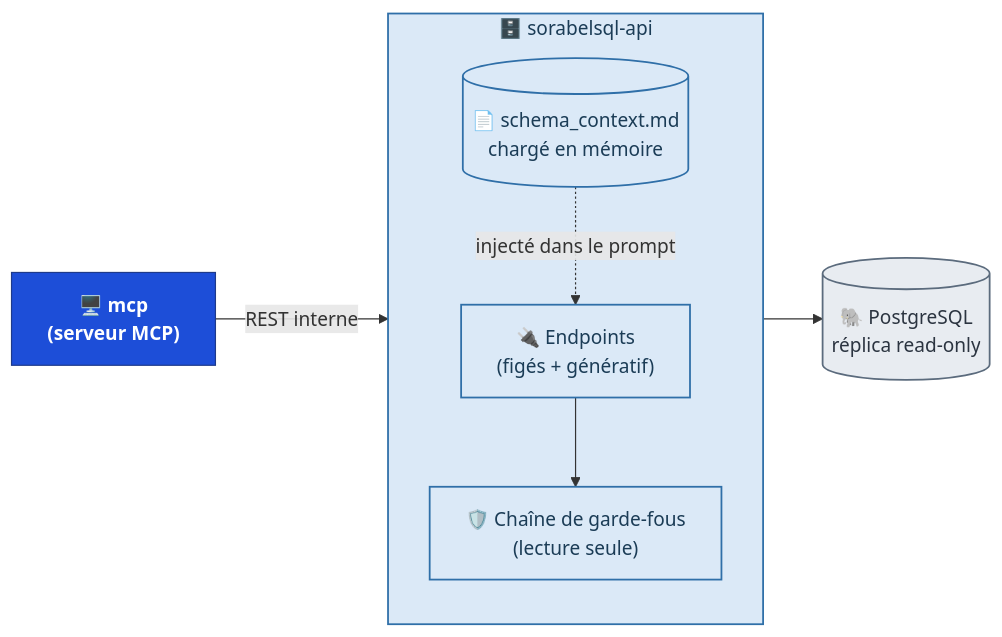
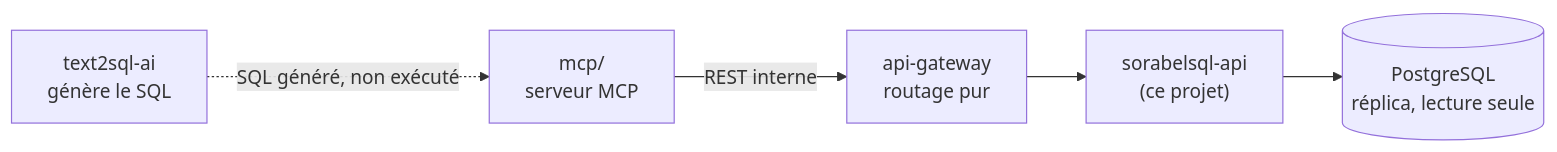
One commit to acerolaz/sorabel changed the first of 2 diagrams in sorabelsql-api/README.md. Above: the diagram before and after it, drawn with Mermaid. The commit also changed other lines of this file and 7 other files, not shown here.

````diff
--- a/sorabelsql-api/README.md
+++ b/sorabelsql-api/README.md
@@ -13,22 +11,7 @@
 ```mermaid
 flowchart LR
-    M["🖥️ mcp<br/>(serveur MCP)"] -->|"REST interne"| API
-
-    subgraph API["🗄️ sorabelsql-api"]
-        direction TB
-        EP["🔌 Endpoints<br/>(figés + génératif)"]
-        Guard["🛡️ Chaîne de garde-fous<br/>(lecture seule)"]
-        Ctx[("📄 schema_context.md<br/>chargé en mémoire")]
-        EP --> Guard
-        Ctx -.injecté dans le prompt.-> EP
-    end
-
-    Guard --> PG[("🐘 PostgreSQL<br/>réplica read-only")]
-
-    classDef mcp fill:#1D4ED8,stroke:#1E3A8A,color:#fff,font-weight:bold
-    classDef api fill:#dbe9f7,stroke:#2f6fa8,stroke-width:1.5px,color:#1b3c56
-    classDef db fill:#e8ecf1,stroke:#5b6b7d,stroke-width:1.5px,color:#2b3440
-    class M mcp
-    class API,EP,Guard,Ctx api
-    class PG db
+    MCP["mcp/<br/>serveur MCP"] -->|REST interne| GW["api-gateway<br/>routage pur"]
+    GW --> SQLAPI["sorabelsql-api<br/>(ce projet)"]
+    T2S["text2sql-ai<br/>génère le SQL"] -.SQL généré, non exécuté.-> MCP
+    SQLAPI --> DB[("PostgreSQL<br/>réplica, lecture seule")]
 ```
````
